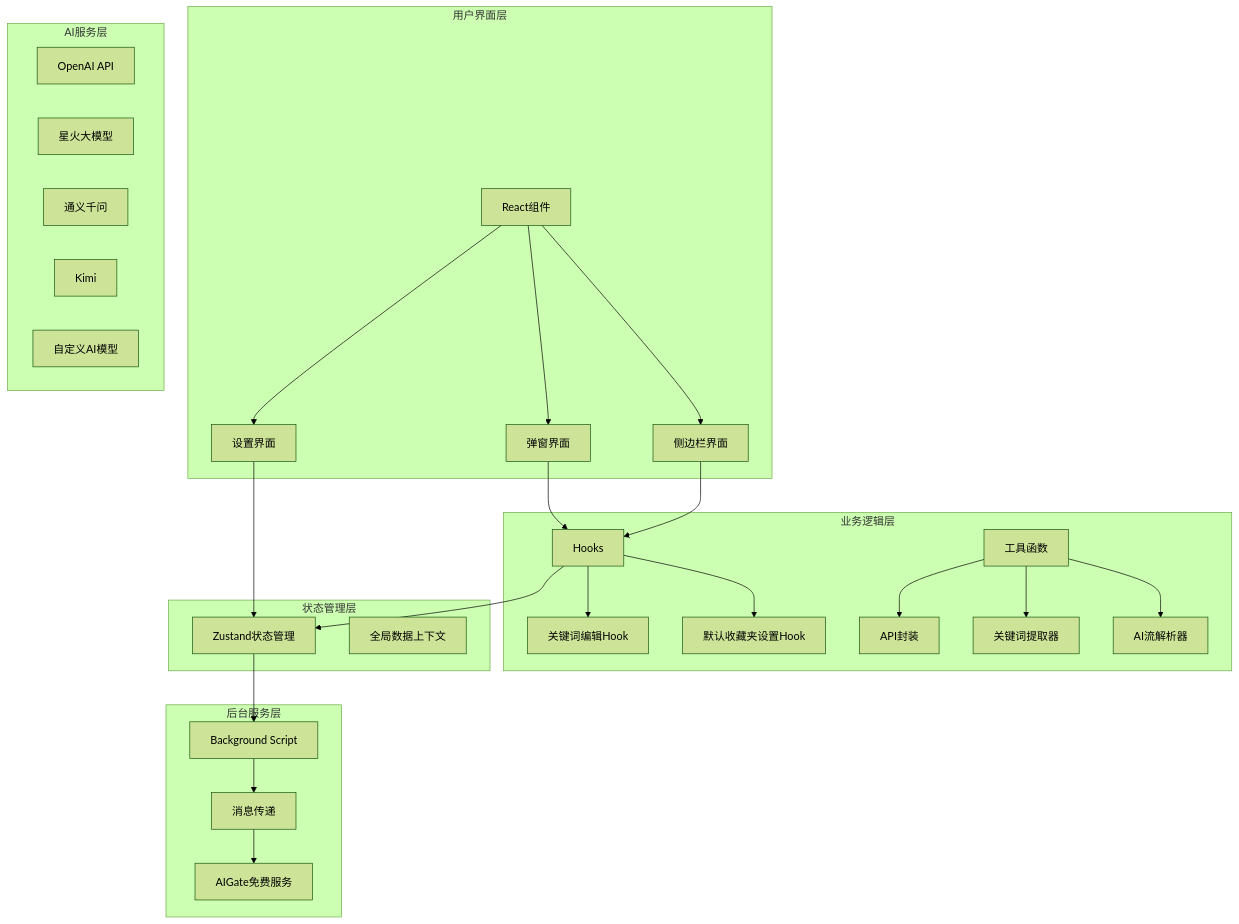
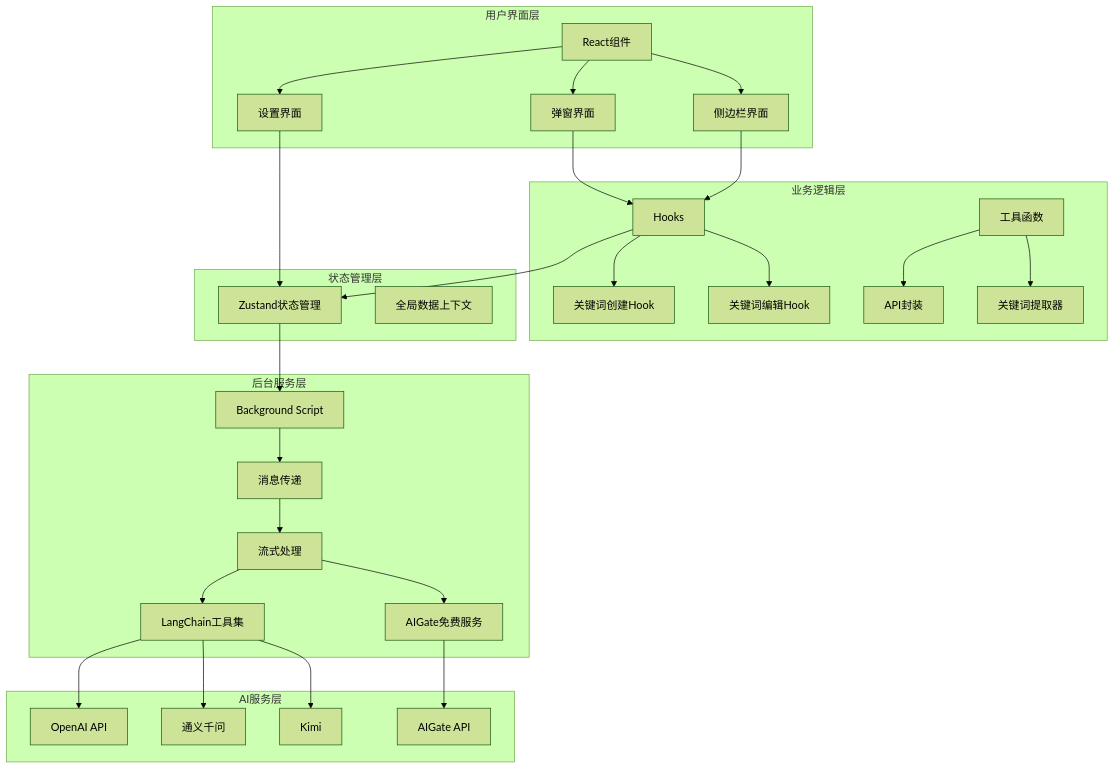
Before and after one commit to RadiumAg/bilibili-favorites: the second of 13 diagrams in .qoder/repowiki/zh/content/核心功能模块/AI关键词提取系统.md, drawn with Mermaid (forest theme). The commit also changed other lines of this file and 21 other files, not shown here.

````diff
--- a/.qoder/repowiki/zh/content/核心功能模块/AI关键词提取系统.md
+++ b/.qoder/repowiki/zh/content/核心功能模块/AI关键词提取系统.md
@@ -148,38 +159,44 @@
 ```mermaid
 graph TB
 subgraph "用户界面层"
 UI[React组件] --> Popup[弹窗界面]
 UI --> SidePanel[侧边栏界面]
 UI --> Options[设置界面]
 end
 subgraph "业务逻辑层"
-Hook[Hooks] --> EditKeyword[关键词编辑Hook]
-Hook --> SetDefaultFav[默认收藏夹设置Hook]
+Hook[Hooks] --> CreateKeyword[关键词创建Hook]
+Hook --> EditKeyword[关键词编辑Hook]
 Utils[工具函数] --> API[API封装]
 Utils --> Extractor[关键词提取器]
-Utils --> StreamParser[AI流解析器]
 end
 subgraph "状态管理层"
 Store[Zustand状态管理]
 GlobalData[全局数据上下文]
 end
 subgraph "后台服务层"
 Background[Background Script]
 Message[消息传递]
+Stream[流式处理]
 AIGate[AIGate免费服务]
+LangChain[LangChain工具集]
 end
 subgraph "AI服务层"
 OpenAI[OpenAI API]
-Spark[星火大模型]
 Qwen[通义千问]
 Kimi[Kimi]
-Custom[自定义AI模型]
+AIGateAPI[AIGate API]
 end
 Popup --> Hook
 SidePanel --> Hook
 Options --> Store
 Hook --> Store
 Store --> Background
 Background --> Message
-Message --> AIGate
+Message --> Stream
+Stream --> AIGate
+Stream --> LangChain
+LangChain --> OpenAI
+LangChain --> Qwen
+LangChain --> Kimi
+AIGate --> AIGateAPI
 ```
````
